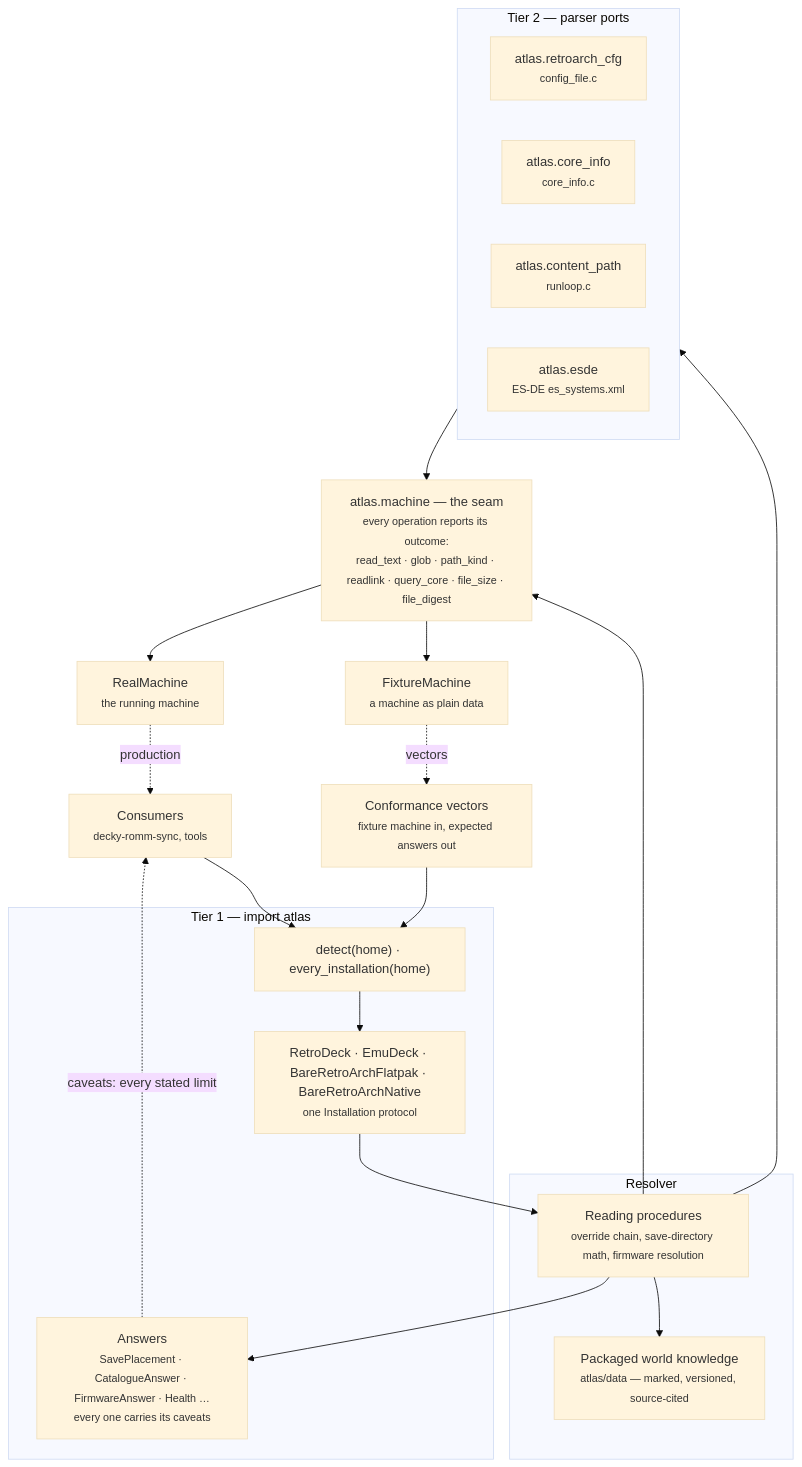
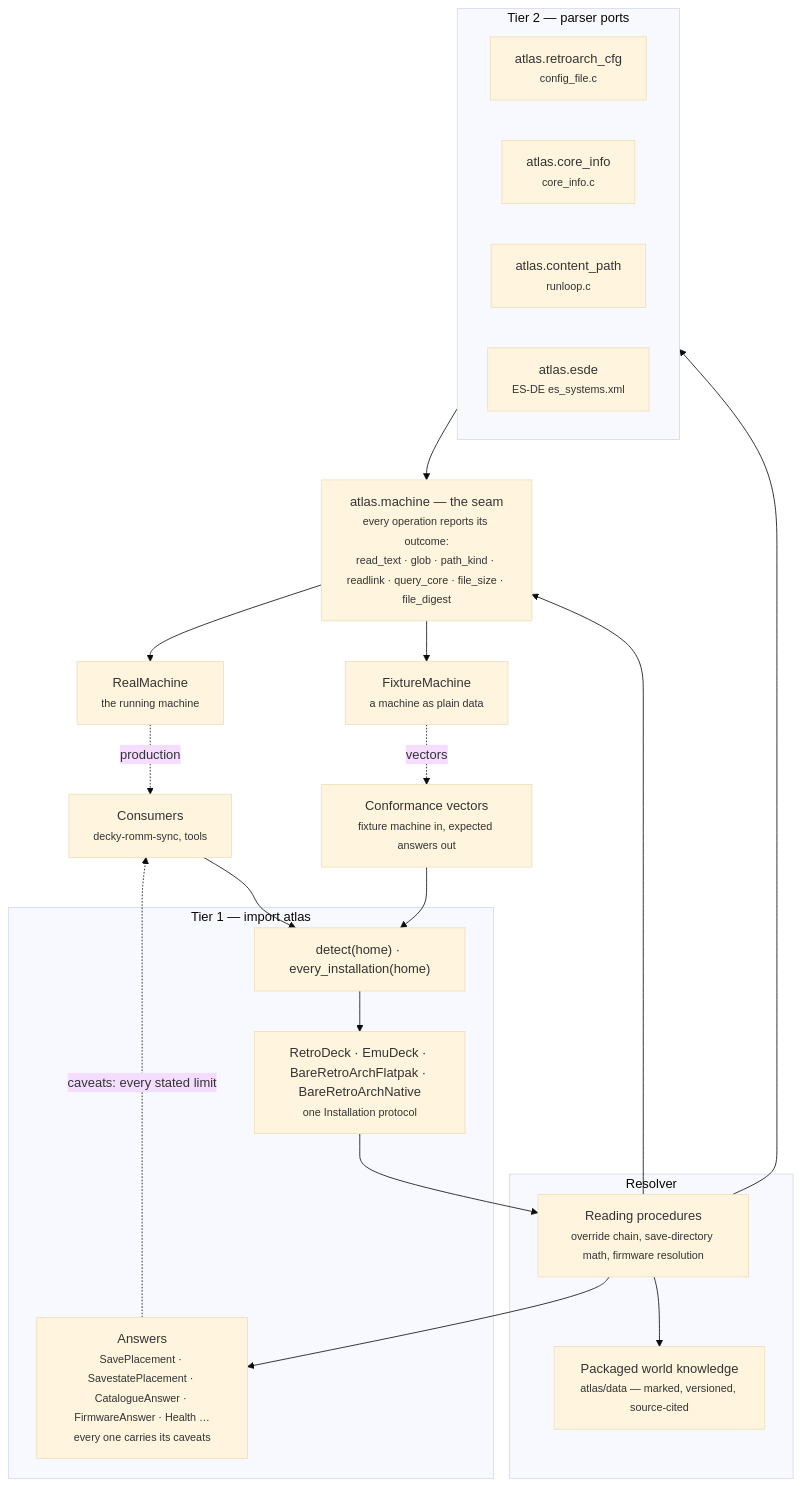
The first of 3 diagrams in docs/architecture.md (danielcopper/emu-atlas), drawn with Mermaid (base theme) before and after one commit. The commit also changed other lines of this file and 22 other files, not shown here.

````diff
--- a/docs/architecture.md
+++ b/docs/architecture.md
@@ -12,42 +12,42 @@
 ```mermaid
 flowchart TB
     consumers["Consumers<br/><small>decky-romm-sync, tools</small>"]
     vectors["Conformance vectors<br/><small>fixture machine in, expected answers out</small>"]
 
     subgraph api["Tier 1 — import atlas"]
         entry["detect(home) · every_installation(home)"]
         handles["RetroDeck · EmuDeck · BareRetroArchFlatpak · BareRetroArchNative<br/><small>one Installation protocol</small>"]
-        answers["Answers<br/><small>SavePlacement · CatalogueAnswer · FirmwareAnswer · Health …<br/>every one carries its caveats</small>"]
+        answers["Answers<br/><small>SavePlacement · SavestatePlacement · CatalogueAnswer · FirmwareAnswer · Health …<br/>every one carries its caveats</small>"]
     end
 
     subgraph resolver["Resolver"]
         rules["Reading procedures<br/><small>override chain, save-directory math, firmware resolution</small>"]
         knowledge["Packaged world knowledge<br/><small>atlas/data — marked, versioned, source-cited</small>"]
     end
 
     subgraph parsers["Tier 2 — parser ports"]
         cfg["atlas.retroarch_cfg<br/><small>config_file.c</small>"]
         info["atlas.core_info<br/><small>core_info.c</small>"]
         path["atlas.content_path<br/><small>runloop.c</small>"]
         esde["atlas.esde<br/><small>ES-DE es_systems.xml</small>"]
     end
 
     seam["atlas.machine — the seam<br/><small>every operation reports its outcome:<br/>read_text · glob · path_kind · readlink · query_core · file_size · file_digest</small>"]
     real["RealMachine<br/><small>the running machine</small>"]
     fixture["FixtureMachine<br/><small>a machine as plain data</small>"]
 
     consumers --> entry
     vectors --> entry
     entry --> handles
     handles --> rules
     rules --> parsers
     rules --> knowledge
     rules --> answers
     answers -.->|"caveats: every stated limit"| consumers
     parsers --> seam
     rules --> seam
     seam --> real
     seam --> fixture
     real -.->|production| consumers
     fixture -.->|vectors| vectors
 ```
````
